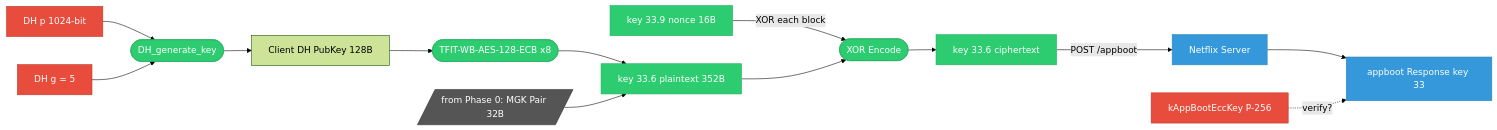
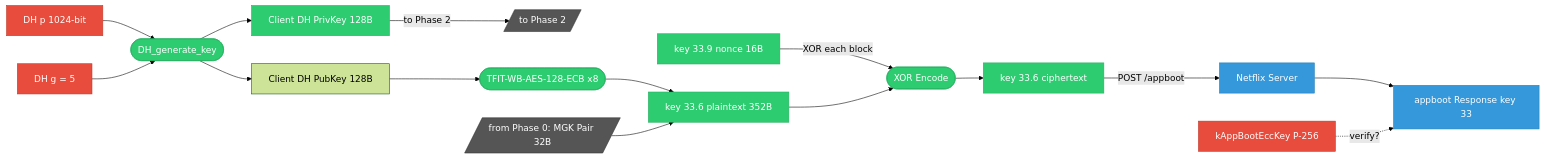
Before and after one commit to qtmleap/revkit: the second of 9 diagrams in docs/spec/msl_key_relationship.md, drawn with Mermaid (forest theme). The commit also changed other lines of this file, not shown here.

First line of the commit message:
docs(spec): Phase 1 に DH PrivKey 出力を追加、Phase 2 の参照を統一

````diff
--- a/docs/spec/msl_key_relationship.md
+++ b/docs/spec/msl_key_relationship.md
@@ -35,28 +35,32 @@
 ```mermaid
 graph LR
     DH_P["DH p 1024-bit"] --> OP_DHGEN(["DH_generate_key"])
     DH_G["DH g = 5"] --> OP_DHGEN
     OP_DHGEN --> DH_PUB["Client DH PubKey 128B"]
+    OP_DHGEN --> DH_PRIV["Client DH PrivKey 128B"]
+    DH_PRIV -->|to Phase 2| TO_P2a[/"to Phase 2"/]
     DH_PUB --> OP_TFIT1(["TFIT-WB-AES-128-ECB x8"])
     OP_TFIT1 --> KEY336_PT["key 33.6 plaintext 352B"]
     FROM_P0[/"from Phase 0: MGK Pair 32B"/] --> KEY336_PT
     NONCE_SRV["key 33.9 nonce 16B"] -->|XOR each block| OP_XOR(["XOR Encode"])
     KEY336_PT --> OP_XOR
     OP_XOR --> KEY336_ENC["key 33.6 ciphertext"]
     KEY336_ENC -->|POST /appboot| SERVER["Netflix Server"]
     SERVER --> DH_RESP["appboot Response key 33"]
     ECC_BOOT["kAppBootEccKey P-256"] -.->|verify?| DH_RESP
 
     style DH_P fill:#e74c3c,stroke:#c0392b,color:#fff
     style DH_G fill:#e74c3c,stroke:#c0392b,color:#fff
     style ECC_BOOT fill:#e74c3c,stroke:#c0392b,color:#fff
     style NONCE_SRV fill:#2ecc71,stroke:#27ae60,color:#fff
     style SERVER fill:#3498db,stroke:#2980b9,color:#fff
     style DH_RESP fill:#3498db,stroke:#2980b9,color:#fff
+    style DH_PRIV fill:#2ecc71,stroke:#27ae60,color:#fff
+    style TO_P2a fill:#555,stroke:#333,color:#fff
     style OP_DHGEN fill:#2ecc71,stroke:#27ae60,color:#fff
     style OP_TFIT1 fill:#2ecc71,stroke:#27ae60,color:#fff
     style OP_XOR fill:#2ecc71,stroke:#27ae60,color:#fff
     style KEY336_PT fill:#2ecc71,stroke:#27ae60,color:#fff
     style KEY336_ENC fill:#2ecc71,stroke:#27ae60,color:#fff
     style FROM_P0 fill:#555,stroke:#333,color:#fff
 ```
````
